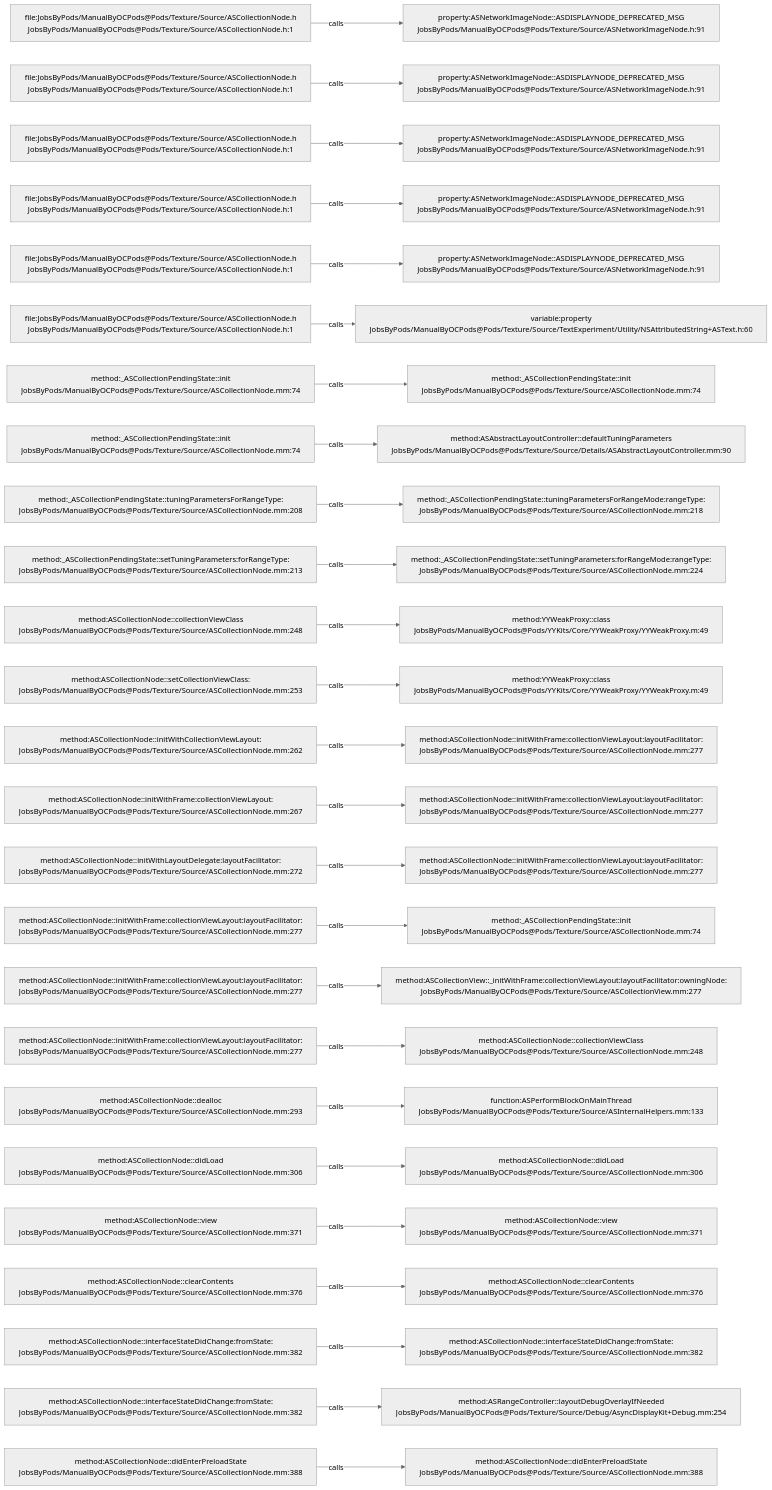
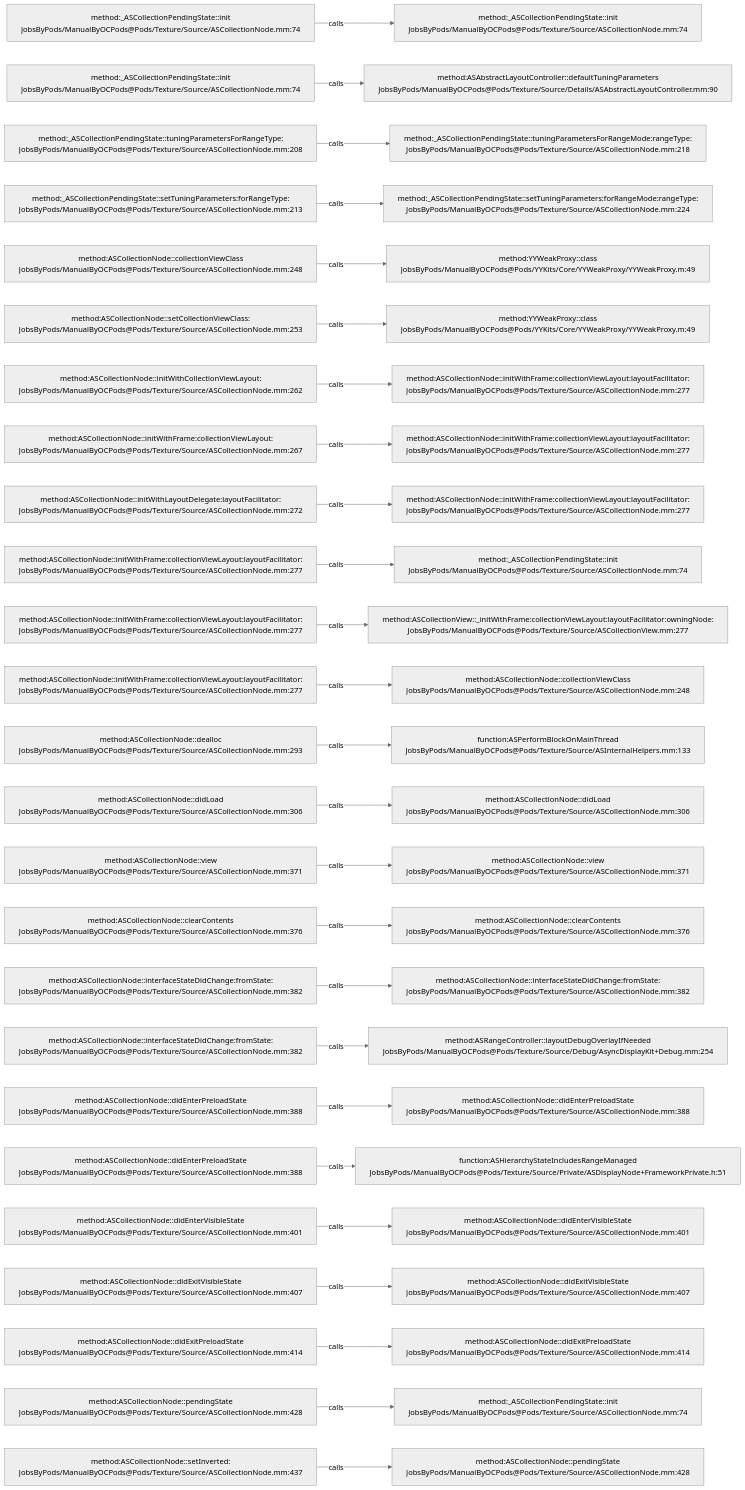
The diagram in .codegraph/codegraph.md/graphs/calls-068.md (JobsKits/JobsOCBaseConfigDemo), drawn with Mermaid (neutral theme) before and after one commit. The commit also changed 666 other files, not shown here.

````diff
--- a/.codegraph/codegraph.md/graphs/calls-068.md
+++ b/.codegraph/codegraph.md/graphs/calls-068.md
@@ -13,78 +13,78 @@
 ```mermaid
 flowchart LR
-  S1["file:JobsByPods/ManualByOCPods@Pods/Texture/Source/ASCollectionNode.h<br/>JobsByPods/ManualByOCPods@Pods/Texture/Source/ASCollectionNode.h:1"]
-  T1["property:ASNetworkImageNode::ASDISPLAYNODE_DEPRECATED_MSG<br/>JobsByPods/ManualByOCPods@Pods/Texture/Source/ASNetworkImageNode.h:91"]
+  S1["method:_ASCollectionPendingState::init<br/>JobsByPods/ManualByOCPods@Pods/Texture/Source/ASCollectionNode.mm:74"]
+  T1["method:_ASCollectionPendingState::init<br/>JobsByPods/ManualByOCPods@Pods/Texture/Source/ASCollectionNode.mm:74"]
   S1 -->|calls| T1
-  S2["file:JobsByPods/ManualByOCPods@Pods/Texture/Source/ASCollectionNode.h<br/>JobsByPods/ManualByOCPods@Pods/Texture/Source/ASCollectionNode.h:1"]
-  T2["property:ASNetworkImageNode::ASDISPLAYNODE_DEPRECATED_MSG<br/>JobsByPods/ManualByOCPods@Pods/Texture/Source/ASNetworkImageNode.h:91"]
+  S2["method:_ASCollectionPendingState::init<br/>JobsByPods/ManualByOCPods@Pods/Texture/Source/ASCollectionNode.mm:74"]
+  T2["method:ASAbstractLayoutController::defaultTuningParameters<br/>JobsByPods/ManualByOCPods@Pods/Texture/Source/Details/ASAbstractLayoutController.mm:90"]
   S2 -->|calls| T2
-  S3["file:JobsByPods/ManualByOCPods@Pods/Texture/Source/ASCollectionNode.h<br/>JobsByPods/ManualByOCPods@Pods/Texture/Source/ASCollectionNode.h:1"]
-  T3["property:ASNetworkImageNode::ASDISPLAYNODE_DEPRECATED_MSG<br/>JobsByPods/ManualByOCPods@Pods/Texture/Source/ASNetworkImageNode.h:91"]
+  S3["method:_ASCollectionPendingState::tuningParametersForRangeType:<br/>JobsByPods/ManualByOCPods@Pods/Texture/Source/ASCollectionNode.mm:208"]
+  T3["method:_ASCollectionPendingState::tuningParametersForRangeMode:rangeType:<br/>JobsByPods/ManualByOCPods@Pods/Texture/Source/ASCollectionNode.mm:218"]
   S3 -->|calls| T3
-  S4["file:JobsByPods/ManualByOCPods@Pods/Texture/Source/ASCollectionNode.h<br/>JobsByPods/ManualByOCPods@Pods/Texture/Source/ASCollectionNode.h:1"]
-  T4["property:ASNetworkImageNode::ASDISPLAYNODE_DEPRECATED_MSG<br/>JobsByPods/ManualByOCPods@Pods/Texture/Source/ASNetworkImageNode.h:91"]
+  S4["method:_ASCollectionPendingState::setTuningParameters:forRangeType:<br/>JobsByPods/ManualByOCPods@Pods/Texture/Source/ASCollectionNode.mm:213"]
+  T4["method:_ASCollectionPendingState::setTuningParameters:forRangeMode:rangeType:<br/>JobsByPods/ManualByOCPods@Pods/Texture/Source/ASCollectionNode.mm:224"]
   S4 -->|calls| T4
-  S5["file:JobsByPods/ManualByOCPods@Pods/Texture/Source/ASCollectionNode.h<br/>JobsByPods/ManualByOCPods@Pods/Texture/Source/ASCollectionNode.h:1"]
-  T5["property:ASNetworkImageNode::ASDISPLAYNODE_DEPRECATED_MSG<br/>JobsByPods/ManualByOCPods@Pods/Texture/Source/ASNetworkImageNode.h:91"]
+  S5["method:ASCollectionNode::collectionViewClass<br/>JobsByPods/ManualByOCPods@Pods/Texture/Source/ASCollectionNode.mm:248"]
+  T5["method:YYWeakProxy::class<br/>JobsByPods/ManualByOCPods@Pods/YYKits/Core/YYWeakProxy/YYWeakProxy.m:49"]
   S5 -->|calls| T5
-  S6["file:JobsByPods/ManualByOCPods@Pods/Texture/Source/ASCollectionNode.h<br/>JobsByPods/ManualByOCPods@Pods/Texture/Source/ASCollectionNode.h:1"]
-  T6["variable:property<br/>JobsByPods/ManualByOCPods@Pods/Texture/Source/TextExperiment/Utility/NSAttributedString+ASText.h:60"]
+  S6["method:ASCollectionNode::setCollectionViewClass:<br/>JobsByPods/ManualByOCPods@Pods/Texture/Source/ASCollectionNode.mm:253"]
+  T6["method:YYWeakProxy::class<br/>JobsByPods/ManualByOCPods@Pods/YYKits/Core/YYWeakProxy/YYWeakProxy.m:49"]
   S6 -->|calls| T6
-  S7["method:_ASCollectionPendingState::init<br/>JobsByPods/ManualByOCPods@Pods/Texture/Source/ASCollectionNode.mm:74"]
-  T7["method:_ASCollectionPendingState::init<br/>JobsByPods/ManualByOCPods@Pods/Texture/Source/ASCollectionNode.mm:74"]
+  S7["method:ASCollectionNode::initWithCollectionViewLayout:<br/>JobsByPods/ManualByOCPods@Pods/Texture/Source/ASCollectionNode.mm:262"]
+  T7["method:ASCollectionNode::initWithFrame:collectionViewLayout:layoutFacilitator:<br/>JobsByPods/ManualByOCPods@Pods/Texture/Source/ASCollectionNode.mm:277"]
   S7 -->|calls| T7
-  S8["method:_ASCollectionPendingState::init<br/>JobsByPods/ManualByOCPods@Pods/Texture/Source/ASCollectionNode.mm:74"]
-  T8["method:ASAbstractLayoutController::defaultTuningParameters<br/>JobsByPods/ManualByOCPods@Pods/Texture/Source/Details/ASAbstractLayoutController.mm:90"]
+  S8["method:ASCollectionNode::initWithFrame:collectionViewLayout:<br/>JobsByPods/ManualByOCPods@Pods/Texture/Source/ASCollectionNode.mm:267"]
+  T8["method:ASCollectionNode::initWithFrame:collectionViewLayout:layoutFacilitator:<br/>JobsByPods/ManualByOCPods@Pods/Texture/Source/ASCollectionNode.mm:277"]
   S8 -->|calls| T8
-  S9["method:_ASCollectionPendingState::tuningParametersForRangeType:<br/>JobsByPods/ManualByOCPods@Pods/Texture/Source/ASCollectionNode.mm:208"]
-  T9["method:_ASCollectionPendingState::tuningParametersForRangeMode:rangeType:<br/>JobsByPods/ManualByOCPods@Pods/Texture/Source/ASCollectionNode.mm:218"]
+  S9["method:ASCollectionNode::initWithLayoutDelegate:layoutFacilitator:<br/>JobsByPods/ManualByOCPods@Pods/Texture/Source/ASCollectionNode.mm:272"]
+  T9["method:ASCollectionNode::initWithFrame:collectionViewLayout:layoutFacilitator:<br/>JobsByPods/ManualByOCPods@Pods/Texture/Source/ASCollectionNode.mm:277"]
   S9 -->|calls| T9
-  S10["method:_ASCollectionPendingState::setTuningParameters:forRangeType:<br/>JobsByPods/ManualByOCPods@Pods/Texture/Source/ASCollectionNode.mm:213"]
-  T10["method:_ASCollectionPendingState::setTuningParameters:forRangeMode:rangeType:<br/>JobsByPods/ManualByOCPods@Pods/Texture/Source/ASCollectionNode.mm:224"]
+  S10["method:ASCollectionNode::initWithFrame:collectionViewLayout:layoutFacilitator:<br/>JobsByPods/ManualByOCPods@Pods/Texture/Source/ASCollectionNode.mm:277"]
+  T10["method:_ASCollectionPendingState::init<br/>JobsByPods/ManualByOCPods@Pods/Texture/Source/ASCollectionNode.mm:74"]
   S10 -->|calls| T10
-  S11["method:ASCollectionNode::collectionViewClass<br/>JobsByPods/ManualByOCPods@Pods/Texture/Source/ASCollectionNode.mm:248"]
-  T11["method:YYWeakProxy::class<br/>JobsByPods/ManualByOCPods@Pods/YYKits/Core/YYWeakProxy/YYWeakProxy.m:49"]
+  S11["method:ASCollectionNode::initWithFrame:collectionViewLayout:layoutFacilitator:<br/>JobsByPods/ManualByOCPods@Pods/Texture/Source/ASCollectionNode.mm:277"]
+  T11["method:ASCollectionView::_initWithFrame:collectionViewLayout:layoutFacilitator:owningNode:<br/>JobsByPods/ManualByOCPods@Pods/Texture/Source/ASCollectionView.mm:277"]
   S11 -->|calls| T11
-  S12["method:ASCollectionNode::setCollectionViewClass:<br/>JobsByPods/ManualByOCPods@Pods/Texture/Source/ASCollectionNode.mm:253"]
-  T12["method:YYWeakProxy::class<br/>JobsByPods/ManualByOCPods@Pods/YYKits/Core/YYWeakProxy/YYWeakProxy.m:49"]
+  S12["method:ASCollectionNode::initWithFrame:collectionViewLayout:layoutFacilitator:<br/>JobsByPods/ManualByOCPods@Pods/Texture/Source/ASCollectionNode.mm:277"]
+  T12["method:ASCollectionNode::collectionViewClass<br/>JobsByPods/ManualByOCPods@Pods/Texture/Source/ASCollectionNode.mm:248"]
   S12 -->|calls| T12
-  S13["method:ASCollectionNode::initWithCollectionViewLayout:<br/>JobsByPods/ManualByOCPods@Pods/Texture/Source/ASCollectionNode.mm:262"]
-  T13["method:ASCollectionNode::initWithFrame:collectionViewLayout:layoutFacilitator:<br/>JobsByPods/ManualByOCPods@Pods/Texture/Source/ASCollectionNode.mm:277"]
+  S13["method:ASCollectionNode::dealloc<br/>JobsByPods/ManualByOCPods@Pods/Texture/Source/ASCollectionNode.mm:293"]
+  T13["function:ASPerformBlockOnMainThread<br/>JobsByPods/ManualByOCPods@Pods/Texture/Source/ASInternalHelpers.mm:133"]
   S13 -->|calls| T13
-  S14["method:ASCollectionNode::initWithFrame:collectionViewLayout:<br/>JobsByPods/ManualByOCPods@Pods/Texture/Source/ASCollectionNode.mm:267"]
-  T14["method:ASCollectionNode::initWithFrame:collectionViewLayout:layoutFacilitator:<br/>JobsByPods/ManualByOCPods@Pods/Texture/Source/ASCollectionNode.mm:277"]
+  S14["method:ASCollectionNode::didLoad<br/>JobsByPods/ManualByOCPods@Pods/Texture/Source/ASCollectionNode.mm:306"]
+  T14["method:ASCollectionNode::didLoad<br/>JobsByPods/ManualByOCPods@Pods/Texture/Source/ASCollectionNode.mm:306"]
   S14 -->|calls| T14
-  S15["method:ASCollectionNode::initWithLayoutDelegate:layoutFacilitator:<br/>JobsByPods/ManualByOCPods@Pods/Texture/Source/ASCollectionNode.mm:272"]
-  T15["method:ASCollectionNode::initWithFrame:collectionViewLayout:layoutFacilitator:<br/>JobsByPods/ManualByOCPods@Pods/Texture/Source/ASCollectionNode.mm:277"]
+  S15["method:ASCollectionNode::view<br/>JobsByPods/ManualByOCPods@Pods/Texture/Source/ASCollectionNode.mm:371"]
+  T15["method:ASCollectionNode::view<br/>JobsByPods/ManualByOCPods@Pods/Texture/Source/ASCollectionNode.mm:371"]
   S15 -->|calls| T15
-  S16["method:ASCollectionNode::initWithFrame:collectionViewLayout:layoutFacilitator:<br/>JobsByPods/ManualByOCPods@Pods/Texture/Source/ASCollectionNode.mm:277"]
-  T16["method:_ASCollectionPendingState::init<br/>JobsByPods/ManualByOCPods@Pods/Texture/Source/ASCollectionNode.mm:74"]
+  S16["method:ASCollectionNode::clearContents<br/>JobsByPods/ManualByOCPods@Pods/Texture/Source/ASCollectionNode.mm:376"]
+  T16["method:ASCollectionNode::clearContents<br/>JobsByPods/ManualByOCPods@Pods/Texture/Source/ASCollectionNode.mm:376"]
   S16 -->|calls| T16
-  S17["method:ASCollectionNode::initWithFrame:collectionViewLayout:layoutFacilitator:<br/>JobsByPods/ManualByOCPods@Pods/Texture/Source/ASCollectionNode.mm:277"]
-  T17["method:ASCollectionView::_initWithFrame:collectionViewLayout:layoutFacilitator:owningNode:<br/>JobsByPods/ManualByOCPods@Pods/Texture/Source/ASCollectionView.mm:277"]
+  S17["method:ASCollectionNode::interfaceStateDidChange:fromState:<br/>JobsByPods/ManualByOCPods@Pods/Texture/Source/ASCollectionNode.mm:382"]
+  T17["method:ASCollectionNode::interfaceStateDidChange:fromState:<br/>JobsByPods/ManualByOCPods@Pods/Texture/Source/ASCollectionNode.mm:382"]
   S17 -->|calls| T17
-  S18["method:ASCollectionNode::initWithFrame:collectionViewLayout:layoutFacilitator:<br/>JobsByPods/ManualByOCPods@Pods/Texture/Source/ASCollectionNode.mm:277"]
-  T18["method:ASCollectionNode::collectionViewClass<br/>JobsByPods/ManualByOCPods@Pods/Texture/Source/ASCollectionNode.mm:248"]
+  S18["method:ASCollectionNode::interfaceStateDidChange:fromState:<br/>JobsByPods/ManualByOCPods@Pods/Texture/Source/ASCollectionNode.mm:382"]
+  T18["method:ASRangeController::layoutDebugOverlayIfNeeded<br/>JobsByPods/ManualByOCPods@Pods/Texture/Source/Debug/AsyncDisplayKit+Debug.mm:254"]
   S18 -->|calls| T18
-  S19["method:ASCollectionNode::dealloc<br/>JobsByPods/ManualByOCPods@Pods/Texture/Source/ASCollectionNode.mm:293"]
-  T19["function:ASPerformBlockOnMainThread<br/>JobsByPods/ManualByOCPods@Pods/Texture/Source/ASInternalHelpers.mm:133"]
+  S19["method:ASCollectionNode::didEnterPreloadState<br/>JobsByPods/ManualByOCPods@Pods/Texture/Source/ASCollectionNode.mm:388"]
+  T19["method:ASCollectionNode::didEnterPreloadState<br/>JobsByPods/ManualByOCPods@Pods/Texture/Source/ASCollectionNode.mm:388"]
   S19 -->|calls| T19
-  S20["method:ASCollectionNode::didLoad<br/>JobsByPods/ManualByOCPods@Pods/Texture/Source/ASCollectionNode.mm:306"]
-  T20["method:ASCollectionNode::didLoad<br/>JobsByPods/ManualByOCPods@Pods/Texture/Source/ASCollectionNode.mm:306"]
+  S20["method:ASCollectionNode::didEnterPreloadState<br/>JobsByPods/ManualByOCPods@Pods/Texture/Source/ASCollectionNode.mm:388"]
+  T20["function:ASHierarchyStateIncludesRangeManaged<br/>JobsByPods/ManualByOCPods@Pods/Texture/Source/Private/ASDisplayNode+FrameworkPrivate.h:51"]
   S20 -->|calls| T20
-  S21["method:ASCollectionNode::view<br/>JobsByPods/ManualByOCPods@Pods/Texture/Source/ASCollectionNode.mm:371"]
-  T21["method:ASCollectionNode::view<br/>JobsByPods/ManualByOCPods@Pods/Texture/Source/ASCollectionNode.mm:371"]
+  S21["method:ASCollectionNode::didEnterVisibleState<br/>JobsByPods/ManualByOCPods@Pods/Texture/Source/ASCollectionNode.mm:401"]
+  T21["method:ASCollectionNode::didEnterVisibleState<br/>JobsByPods/ManualByOCPods@Pods/Texture/Source/ASCollectionNode.mm:401"]
   S21 -->|calls| T21
-  S22["method:ASCollectionNode::clearContents<br/>JobsByPods/ManualByOCPods@Pods/Texture/Source/ASCollectionNode.mm:376"]
-  T22["method:ASCollectionNode::clearContents<br/>JobsByPods/ManualByOCPods@Pods/Texture/Source/ASCollectionNode.mm:376"]
+  S22["method:ASCollectionNode::didExitVisibleState<br/>JobsByPods/ManualByOCPods@Pods/Texture/Source/ASCollectionNode.mm:407"]
+  T22["method:ASCollectionNode::didExitVisibleState<br/>JobsByPods/ManualByOCPods@Pods/Texture/Source/ASCollectionNode.mm:407"]
   S22 -->|calls| T22
-  S23["method:ASCollectionNode::interfaceStateDidChange:fromState:<br/>JobsByPods/ManualByOCPods@Pods/Texture/Source/ASCollectionNode.mm:382"]
-  T23["method:ASCollectionNode::interfaceStateDidChange:fromState:<br/>JobsByPods/ManualByOCPods@Pods/Texture/Source/ASCollectionNode.mm:382"]
+  S23["method:ASCollectionNode::didExitPreloadState<br/>JobsByPods/ManualByOCPods@Pods/Texture/Source/ASCollectionNode.mm:414"]
+  T23["method:ASCollectionNode::didExitPreloadState<br/>JobsByPods/ManualByOCPods@Pods/Texture/Source/ASCollectionNode.mm:414"]
   S23 -->|calls| T23
-  S24["method:ASCollectionNode::interfaceStateDidChange:fromState:<br/>JobsByPods/ManualByOCPods@Pods/Texture/Source/ASCollectionNode.mm:382"]
-  T24["method:ASRangeController::layoutDebugOverlayIfNeeded<br/>JobsByPods/ManualByOCPods@Pods/Texture/Source/Debug/AsyncDisplayKit+Debug.mm:254"]
+  S24["method:ASCollectionNode::pendingState<br/>JobsByPods/ManualByOCPods@Pods/Texture/Source/ASCollectionNode.mm:428"]
+  T24["method:_ASCollectionPendingState::init<br/>JobsByPods/ManualByOCPods@Pods/Texture/Source/ASCollectionNode.mm:74"]
   S24 -->|calls| T24
-  S25["method:ASCollectionNode::didEnterPreloadState<br/>JobsByPods/ManualByOCPods@Pods/Texture/Source/ASCollectionNode.mm:388"]
-  T25["method:ASCollectionNode::didEnterPreloadState<br/>JobsByPods/ManualByOCPods@Pods/Texture/Source/ASCollectionNode.mm:388"]
+  S25["method:ASCollectionNode::setInverted:<br/>JobsByPods/ManualByOCPods@Pods/Texture/Source/ASCollectionNode.mm:437"]
+  T25["method:ASCollectionNode::pendingState<br/>JobsByPods/ManualByOCPods@Pods/Texture/Source/ASCollectionNode.mm:428"]
   S25 -->|calls| T25
 ```
````
